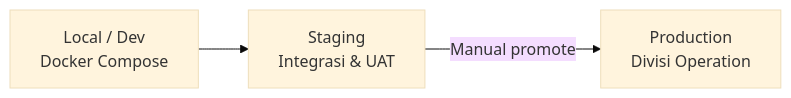
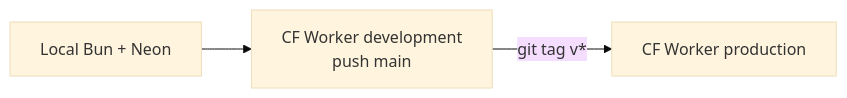
Before and after one commit to Capstone-Project-Team-B-2026/docs: the third of 6 diagrams in docs/infrastructure.md, drawn with Mermaid (base theme). The commit also changed other lines of this file and 1 other file, not shown here.

````diff
--- a/docs/infrastructure.md
+++ b/docs/infrastructure.md
@@ -164,5 +185,5 @@
 ```mermaid
 flowchart LR
-  Dev[Local / Dev<br/>Docker Compose] --> Staging[Staging<br/>Integrasi & UAT]
-  Staging -->|Manual promote| Prod[Production<br/>Divisi Operation]
+  Local[Local Bun + Neon] --> Dev[CF Worker development<br/>push main]
+  Dev -->|git tag v*| Prod[CF Worker production]
 ```
````
